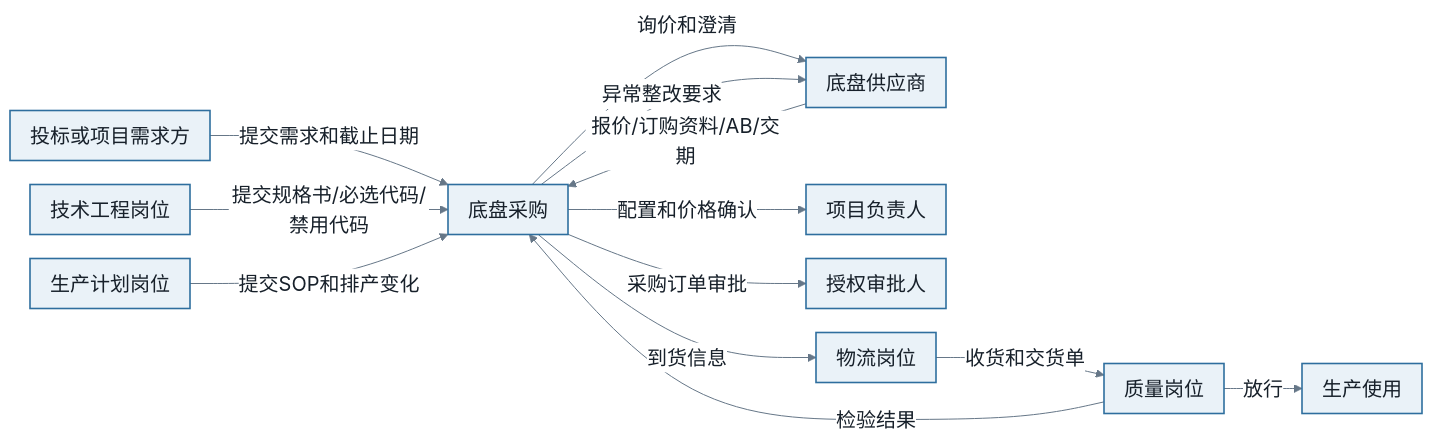
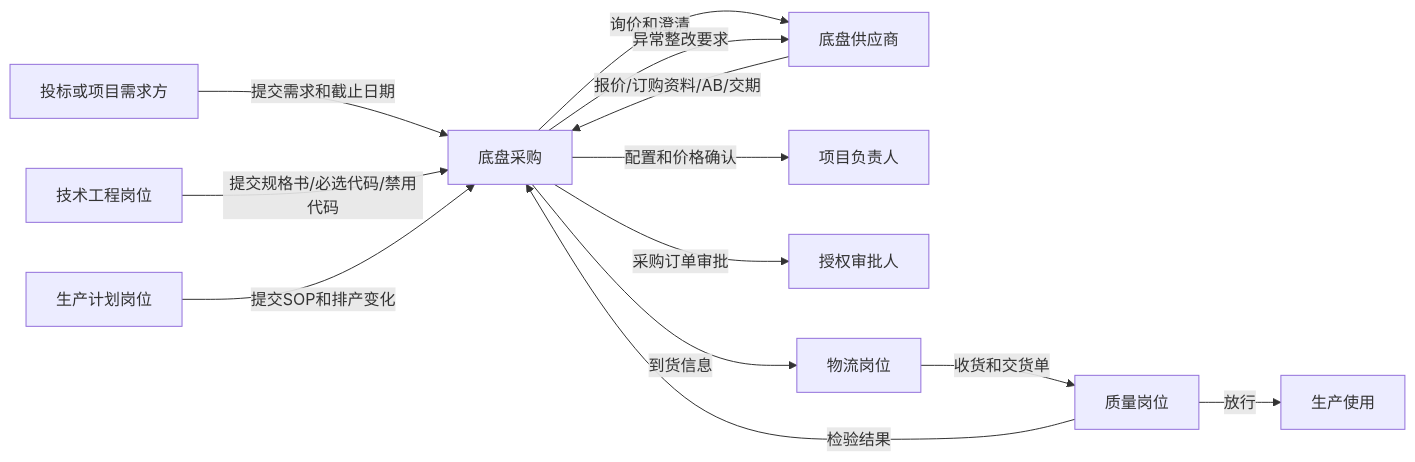
One commit to giengenbw/chassisprocess changed the fifth of 56 diagrams in README.md. Above: the diagram before and after it, drawn with Mermaid. The commit also changed other lines of this file, not shown here.

````diff
--- a/README.md
+++ b/README.md
@@ -227,20 +214,15 @@
 ```mermaid
-%%{init: {'theme':'base','flowchart':{'curve':'basis','nodeSpacing':24,'rankSpacing':38,'padding':10,'htmlLabels':true,'useMaxWidth':true},'themeVariables':{'fontFamily':'Microsoft YaHei, Noto Sans SC, Arial, sans-serif','fontSize':'20px','primaryColor':'#EAF2F8','primaryTextColor':'#17202A','primaryBorderColor':'#2E6E9E','lineColor':'#667788','secondaryColor':'#FFF4D6','tertiaryColor':'#E8F6F3','edgeLabelBackground':'#FFFFFF'}}}%%
-flowchart LR
-    A["投标或项目需求方"] -->|提交需求和截止日期| B["底盘采购"]
-    C["技术工程岗位"] -->|提交规格书/必选代码/禁用代码| B
-    D["生产计划岗位"] -->|提交SOP和排产变化| B
-    B -->|询价和澄清| E["底盘供应商"]
-    E -->|报价/订购资料/AB/交期| B
-    B -->|配置和价格确认| F["项目负责人"]
-    B -->|采购订单审批| G["授权审批人"]
-    B -->|到货信息| H["物流岗位"]
-    H -->|收货和交货单| I["质量岗位"]
-    I -->|检验结果| B
-    B -->|异常整改要求| E
-    I -->|放行| J["生产使用"]
-    classDef default fill:#EAF2F8,stroke:#2E6E9E,stroke-width:1.6px,color:#17202A,font-size:20px;
-    classDef decision fill:#FFF4D6,stroke:#B8860B,stroke-width:2px,color:#4A3A00,font-size:20px;
-    classDef exception fill:#FCE8E6,stroke:#B3261E,stroke-width:2px,color:#6A1B16,font-size:20px;
-    classDef outcome fill:#E8F6F3,stroke:#16836B,stroke-width:2px,color:#0B5345,font-size:20px;
+graph LR
+    A["投标或项目需求方"] -- 提交需求和截止日期 --> B["底盘采购"]
+    C["技术工程岗位"] -- 提交规格书/必选代码/禁用代码 --> B
+    D["生产计划岗位"] -- 提交SOP和排产变化 --> B
+    B -- 询价和澄清 --> E["底盘供应商"]
+    E -- 报价/订购资料/AB/交期 --> B
+    B -- 配置和价格确认 --> F["项目负责人"]
+    B -- 采购订单审批 --> G["授权审批人"]
+    B -- 到货信息 --> H["物流岗位"]
+    H -- 收货和交货单 --> I["质量岗位"]
+    I -- 检验结果 --> B
+    B -- 异常整改要求 --> E
+    I -- 放行 --> J["生产使用"]
 ```
````
